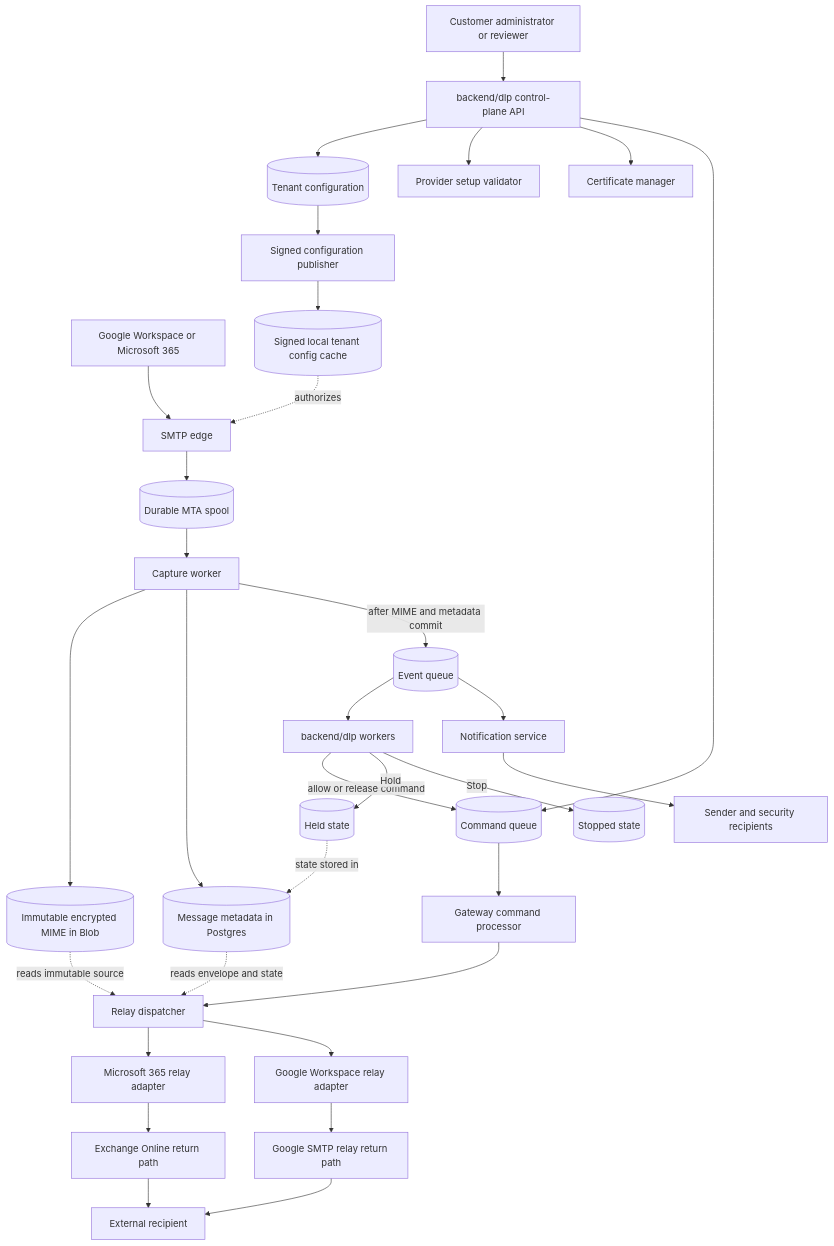
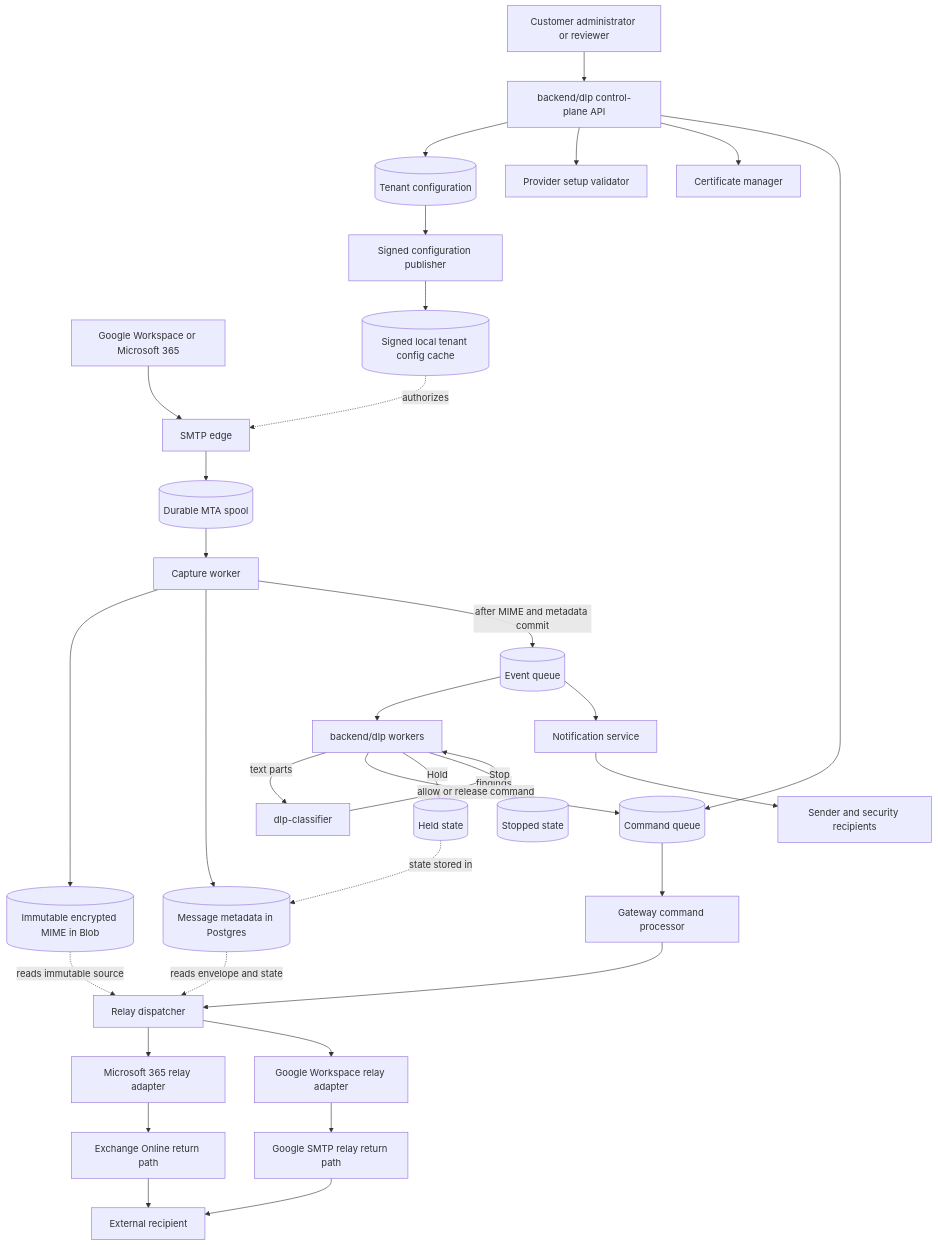
Before and after one commit to Himaya-AI/himaya-prod-azure: the third of 10 diagrams in docs/DLP_INGRESS_GATEWAY_PLAN.md, drawn with Mermaid. The commit also changed other lines of this file and 4 other files, not shown here.

````diff
--- a/docs/DLP_INGRESS_GATEWAY_PLAN.md
+++ b/docs/DLP_INGRESS_GATEWAY_PLAN.md
@@ -185,38 +191,40 @@
 ```mermaid
 flowchart TD
     Provider[Google Workspace or Microsoft 365] --> Edge[SMTP edge]
     ConfigCache[(Signed local tenant config cache)] -. authorizes .-> Edge
     Edge --> Spool[(Durable MTA spool)]
     Spool --> Capture[Capture worker]
     Capture --> MIME[(Immutable encrypted MIME in Blob)]
     Capture --> Metadata[(Message metadata in Postgres)]
     Capture -->|after MIME and metadata commit| Events[(Event queue)]
 
     Events --> AppWorkers[backend/dlp workers]
+    AppWorkers -->|text parts| Classifier[dlp-classifier]
+    Classifier -->|findings| AppWorkers
     AppWorkers -->|allow or release command| Commands[(Command queue)]
     AppWorkers -->|Hold| Held[(Held state)]
     AppWorkers -->|Stop| Stopped[(Stopped state)]
     Held -. state stored in .-> Metadata
 
     Commands --> CommandProcessor[Gateway command processor]
     CommandProcessor --> Relay[Relay dispatcher]
     Relay --> M365Adapter[Microsoft 365 relay adapter]
     Relay --> GoogleAdapter[Google Workspace relay adapter]
     MIME -. reads immutable source .-> Relay
     Metadata -. reads envelope and state .-> Relay
     M365Adapter --> EXO[Exchange Online return path]
     GoogleAdapter --> GoogleRelay[Google SMTP relay return path]
     EXO --> Recipient[External recipient]
     GoogleRelay --> Recipient
 
     Admin[Customer administrator or reviewer] --> API[backend/dlp control-plane API]
     API --> Config[(Tenant configuration)]
     API --> Setup[Provider setup validator]
     API --> Certificates[Certificate manager]
     API --> Commands
     Config --> Publisher[Signed configuration publisher]
     Publisher --> ConfigCache
 
     Events --> Notifications[Notification service]
     Notifications --> Sender[Sender and security recipients]
 ```
````
